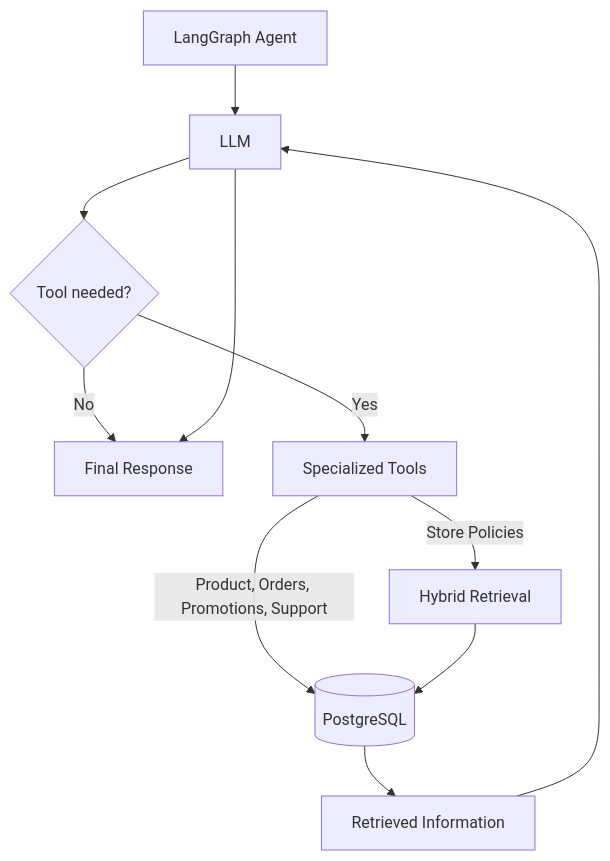
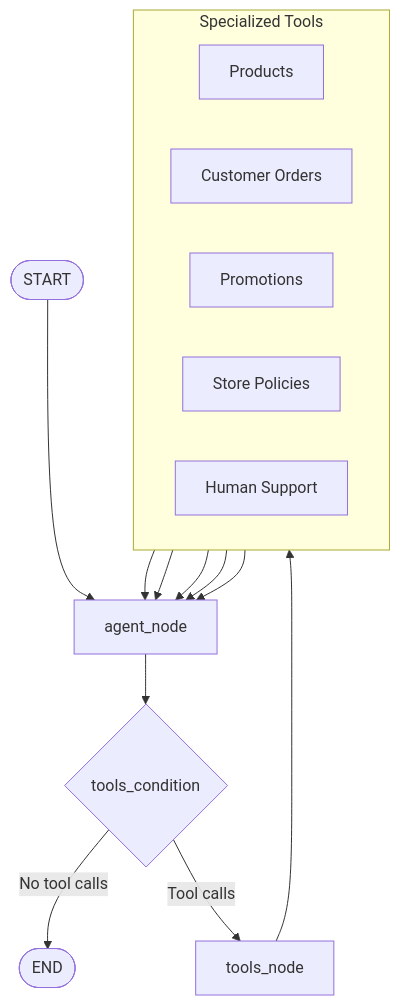
Before and after one commit to Bernardons04/emporio-platform: the second of 2 diagrams in README.md, drawn with Mermaid. The commit also changed other lines of this file, not shown here.

Commit message:
docs: refine architecture diagrams

````diff
--- a/README.md
+++ b/README.md
@@ -89,13 +90,20 @@
 ```mermaid
 flowchart TD
-    Agent[LangGraph Agent] --> LLM[LLM]
-    LLM --> Decision{Tool needed?}
-    Decision -->|No| Response[Final Response]
-    Decision -->|Yes| Tools[Specialized Tools]
-    Tools -->|Product, Orders, Promotions, Support| DB[(PostgreSQL)]
-    Tools -->|Store Policies| RAG[Hybrid Retrieval]
-    RAG --> DB
-    DB --> Results[Retrieved Information]
-    Results --> LLM
-    LLM --> Response
+    Start([START]) --> Agent[agent_node]
+    Agent --> Condition{tools_condition}
+
+    Condition -->|No tool calls| End([END])
+    Condition -->|Tool calls| Tools[tools_node]
+
+    subgraph ToolsGroup[Specialized Tools]
+        direction LR
+        Products[Products]
+        Orders[Customer Orders]
+        Promotions[Promotions]
+        Policies[Store Policies]
+        Support[Human Support]
+    end
+
+    Tools --> ToolsGroup
+    Products & Orders & Promotions & Policies & Support --> Agent
 ```
````
